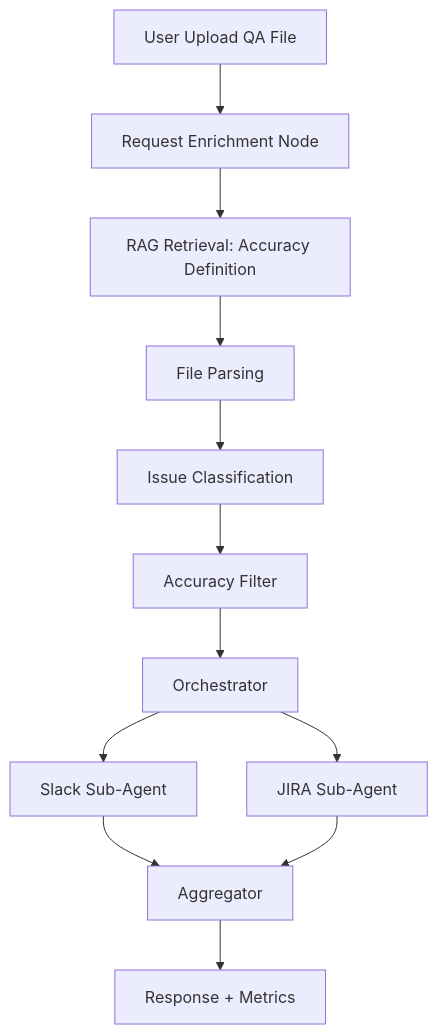
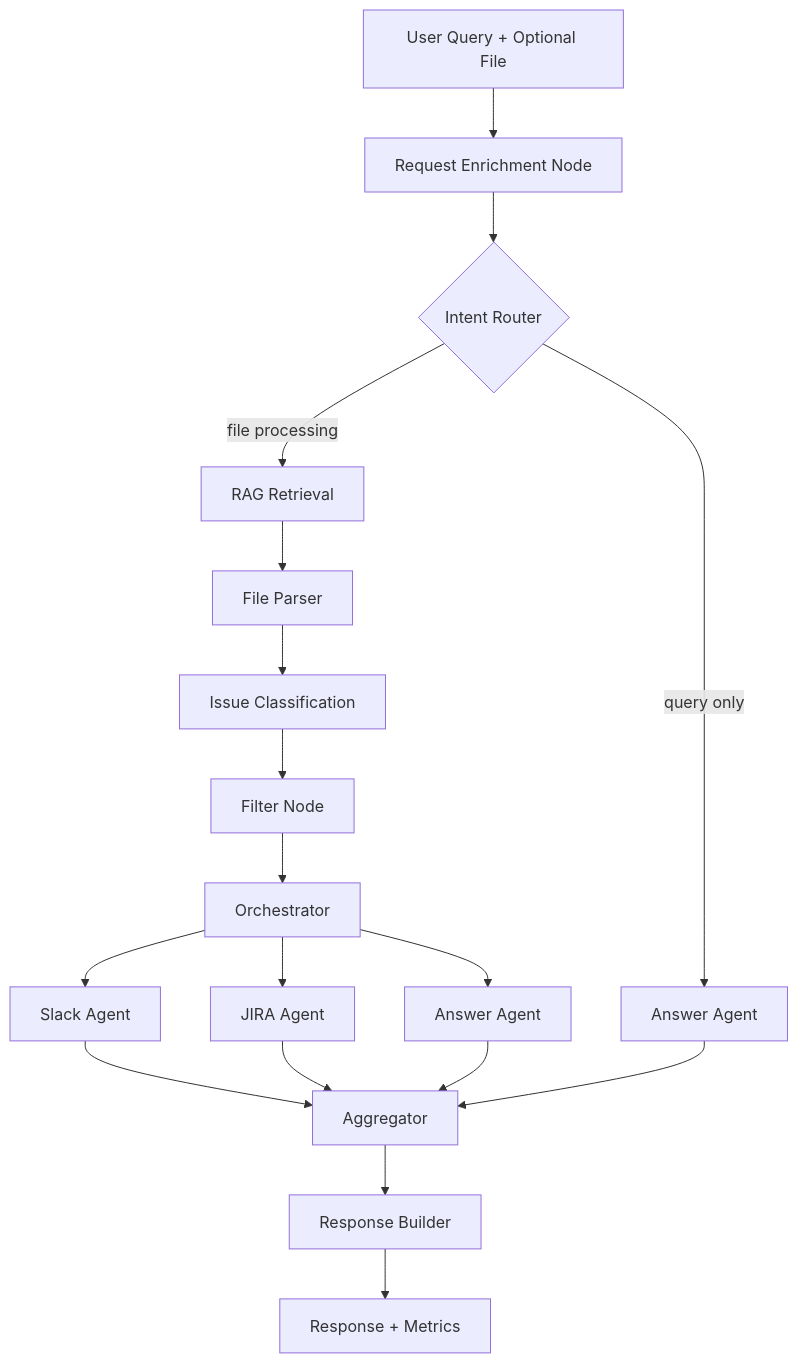
Before and after one commit to ethan-tran-mfv/aiagt-precision-triage: the diagram in docs/PRD.md, drawn with Mermaid. The commit also changed other lines of this file and 19 other files, not shown here.

````diff
--- a/docs/PRD.md
+++ b/docs/PRD.md
@@ -118,14 +120,20 @@
 ```mermaid
 flowchart TD
-    A[User Upload QA File] --> B[Request Enrichment Node]
-    B --> C[RAG Retrieval: Accuracy Definition]
-    C --> D[File Parsing]
-    D --> E[Issue Classification]
-    E --> F[Accuracy Filter]
-    F --> G[Orchestrator]
-    G --> H1[Slack Sub-Agent]
-    G --> H2[JIRA Sub-Agent]
-    H1 --> I[Aggregator]
-    H2 --> I
-    I --> J[Response + Metrics]
+    A[User Query + Optional File] --> B[Request Enrichment Node]
+    B --> C{Intent Router}
+    C -- query only --> G[Answer Agent]
+    C -- file processing --> D[RAG Retrieval]
+    D --> E[File Parser]
+    E --> F[Issue Classification]
+    F --> H[Filter Node]
+    H --> I[Orchestrator]
+    I --> J1[Slack Agent]
+    I --> J2[JIRA Agent]
+    I --> J3[Answer Agent]
+    J1 --> K[Aggregator]
+    J2 --> K
+    J3 --> K
+    G --> K
+    K --> L[Response Builder]
+    L --> M[Response + Metrics]
 ```
````
